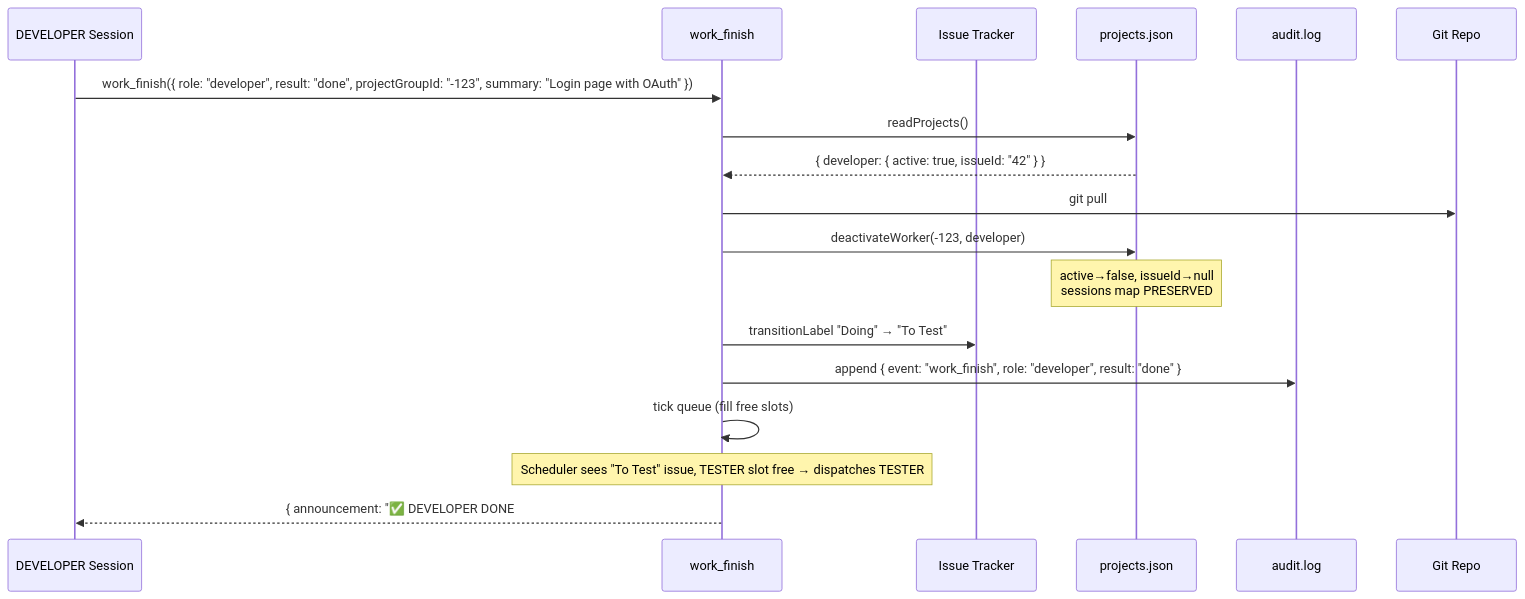
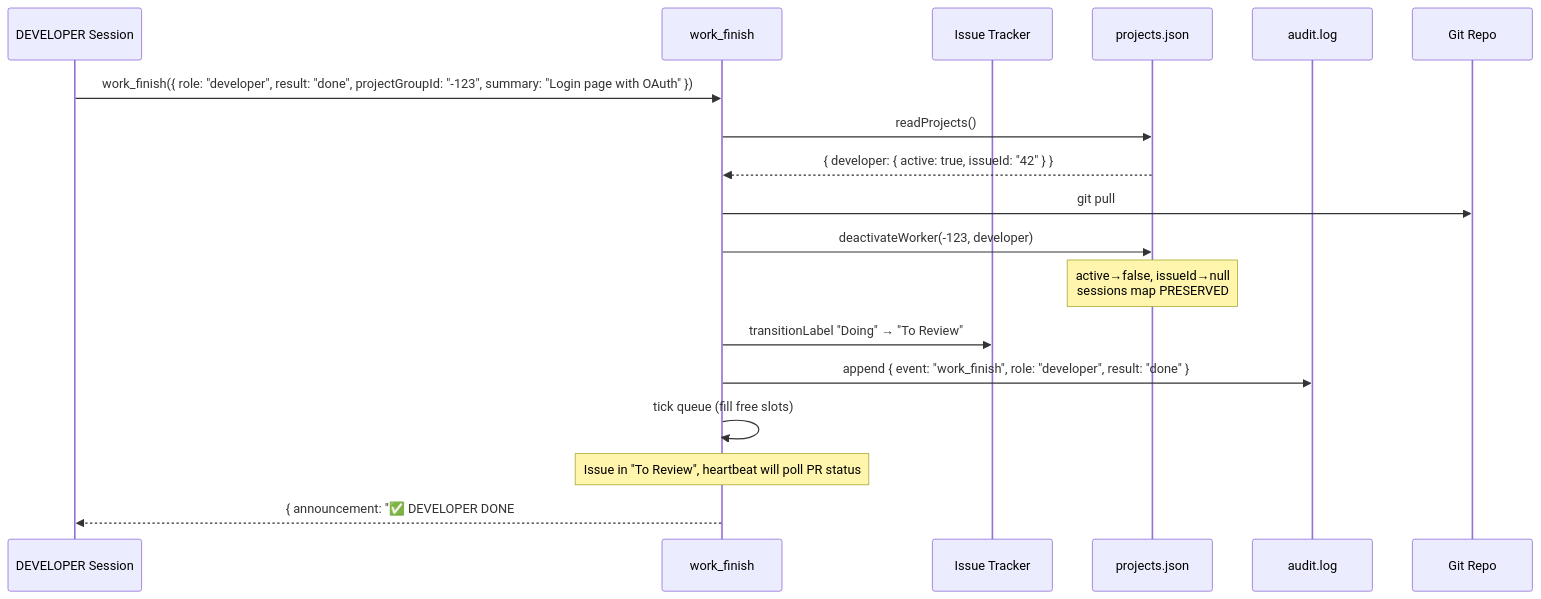
One commit to StrongheartedX/devclaw changed the eighth of 13 diagrams in docs/ARCHITECTURE.md. Above: the diagram before and after it, drawn with Mermaid. The commit also changed other lines of this file and 12 other files, not shown here.

````diff
--- a/docs/ARCHITECTURE.md
+++ b/docs/ARCHITECTURE.md
@@ -384,22 +385,22 @@
 ```mermaid
 sequenceDiagram
     participant DEV as DEVELOPER Session
     participant WF as work_finish
     participant GL as Issue Tracker
     participant PJ as projects.json
     participant AL as audit.log
     participant REPO as Git Repo
 
     DEV->>WF: work_finish({ role: "developer", result: "done", projectGroupId: "-123", summary: "Login page with OAuth" })
     WF->>PJ: readProjects()
     PJ-->>WF: { developer: { active: true, issueId: "42" } }
     WF->>REPO: git pull
     WF->>PJ: deactivateWorker(-123, developer)
     Note over PJ: active→false, issueId→null<br/>sessions map PRESERVED
-    WF->>GL: transitionLabel "Doing" → "To Test"
+    WF->>GL: transitionLabel "Doing" → "To Review"
     WF->>AL: append { event: "work_finish", role: "developer", result: "done" }
 
     WF->>WF: tick queue (fill free slots)
-    Note over WF: Scheduler sees "To Test" issue, TESTER slot free → dispatches TESTER
+    Note over WF: Issue in "To Review", heartbeat will poll PR status
     WF-->>DEV: { announcement: "✅ DEVELOPER DONE #42", tickPickups: [...] }
 ```
````
